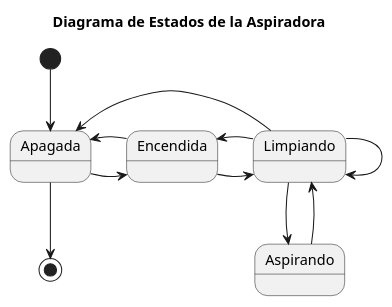
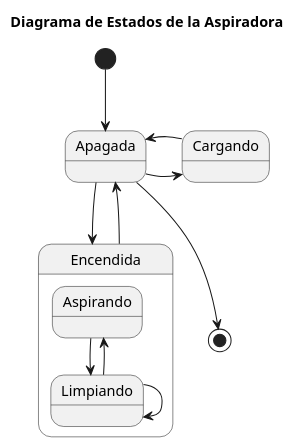
The diagram in modelosUML/DiagramaDeEstado.puml (mmasias/23-24-IdSw2-SDD), drawn with PlantUML before and after one commit. The commit also changed 3 other files, not shown here.

```diff
--- a/modelosUML/DiagramaDeEstado.puml
+++ b/modelosUML/DiagramaDeEstado.puml
@@ -1,16 +1,17 @@
 @startuml
 title Diagrama de Estados de la Aspiradora
 
 [*] --> Apagada
 
-Apagada -r-> Encendida
-Encendida -r-> Apagada
-Encendida -r-> Limpiando
+Apagada --> Encendida
+Encendida --> Apagada
+state Encendida{
 Limpiando --> Aspirando 
 Aspirando -r-> Limpiando 
-Limpiando -r-> Encendida 
-Limpiando -r-> Apagada
 Limpiando -r-> Limpiando
+}
+Apagada -r-> Cargando
+Cargando -r-> Apagada
 Apagada --> [*]
 
 @enduml
```
